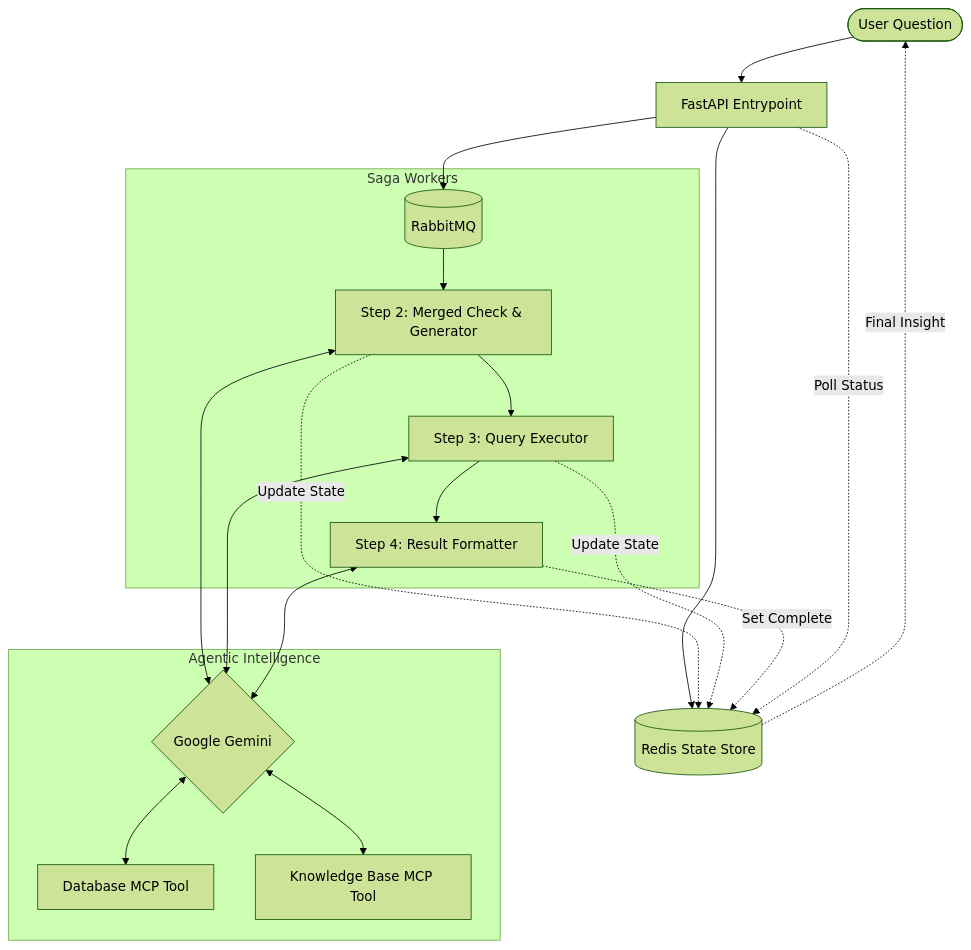
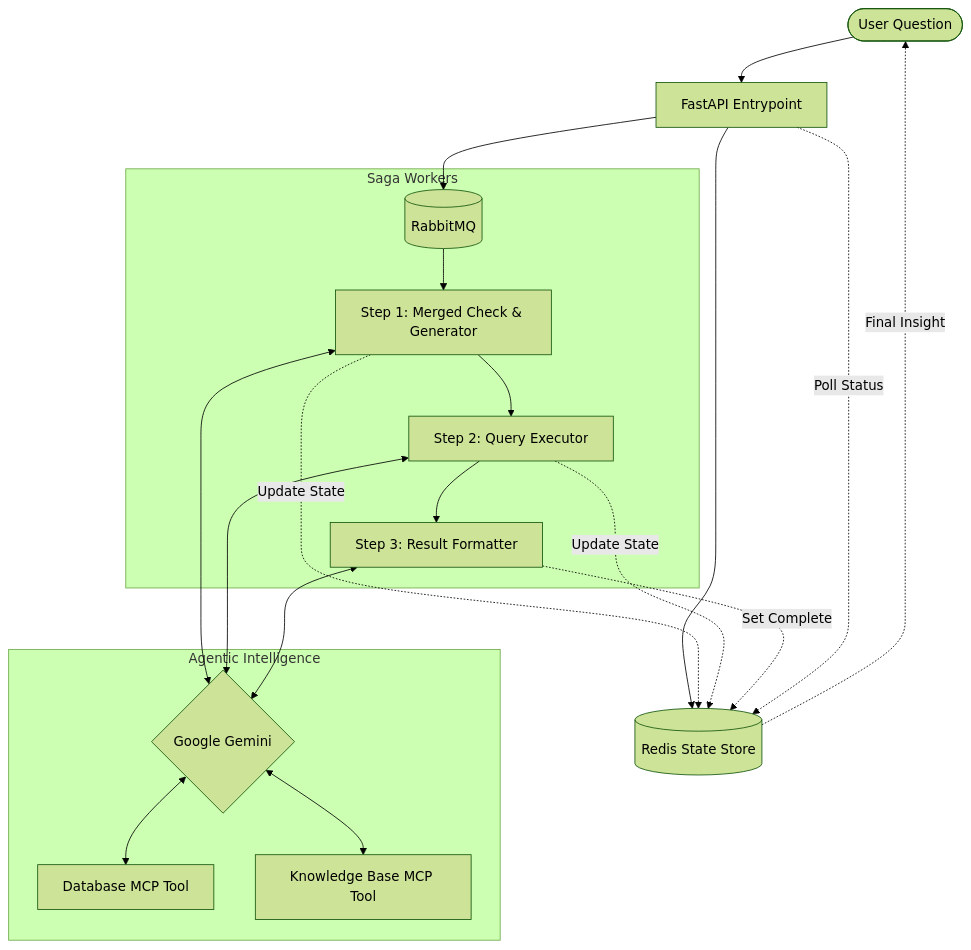
The first of 2 diagrams in README.md (nadermedhet148/sql-insight-engine), drawn with Mermaid (forest theme) before and after one commit.

Commit message:
update readme.md file

````diff
--- a/README.md
+++ b/README.md
@@ -26,27 +26,27 @@
 ```mermaid
 graph TD
     User([User Question]) --> API[FastAPI Entrypoint]
     API --> Store[(Redis State Store)]
     API --> RMQ[(RabbitMQ)]
     
     subgraph Saga_Workers [Saga Workers]
-        RMQ --> G[Step 2: Merged Check & Generator]
-        G --> E[Step 3: Query Executor]
-        E --> F[Step 4: Result Formatter]
+        RMQ --> G[Step 1: Merged Check & Generator]
+        G --> E[Step 2: Query Executor]
+        E --> F[Step 3: Result Formatter]
     end
     
     G -.->|Update State| Store
     E -.->|Update State| Store
     F -.->|Set Complete| Store
     
     subgraph Agentic_Intelligence [Agentic Intelligence]
         G <--> Gemini{Google Gemini}
         E <--> Gemini
         F <--> Gemini
         Gemini <--> MCP_DB[Database MCP Tool]
         Gemini <--> MCP_KB[Knowledge Base MCP Tool]
     end
     
     API -.->|Poll Status| Store
     Store -.->|Final Insight| User
 ```
````
